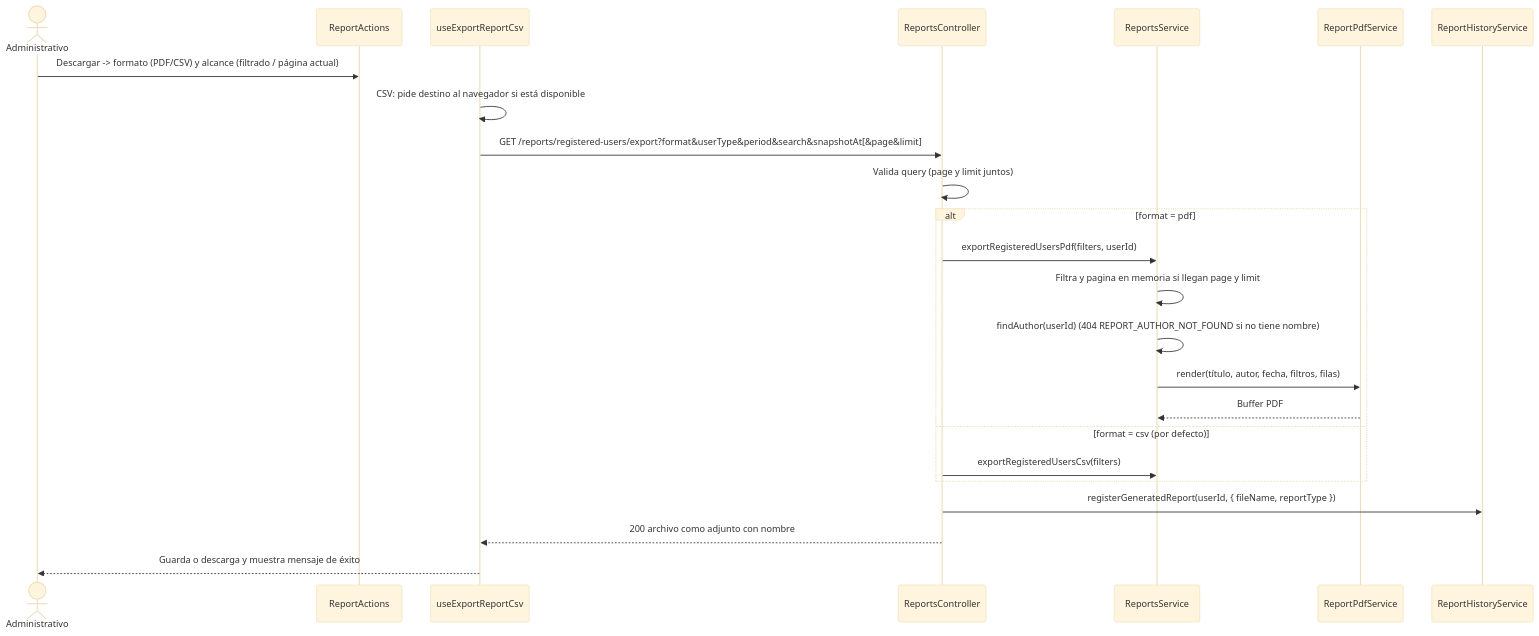
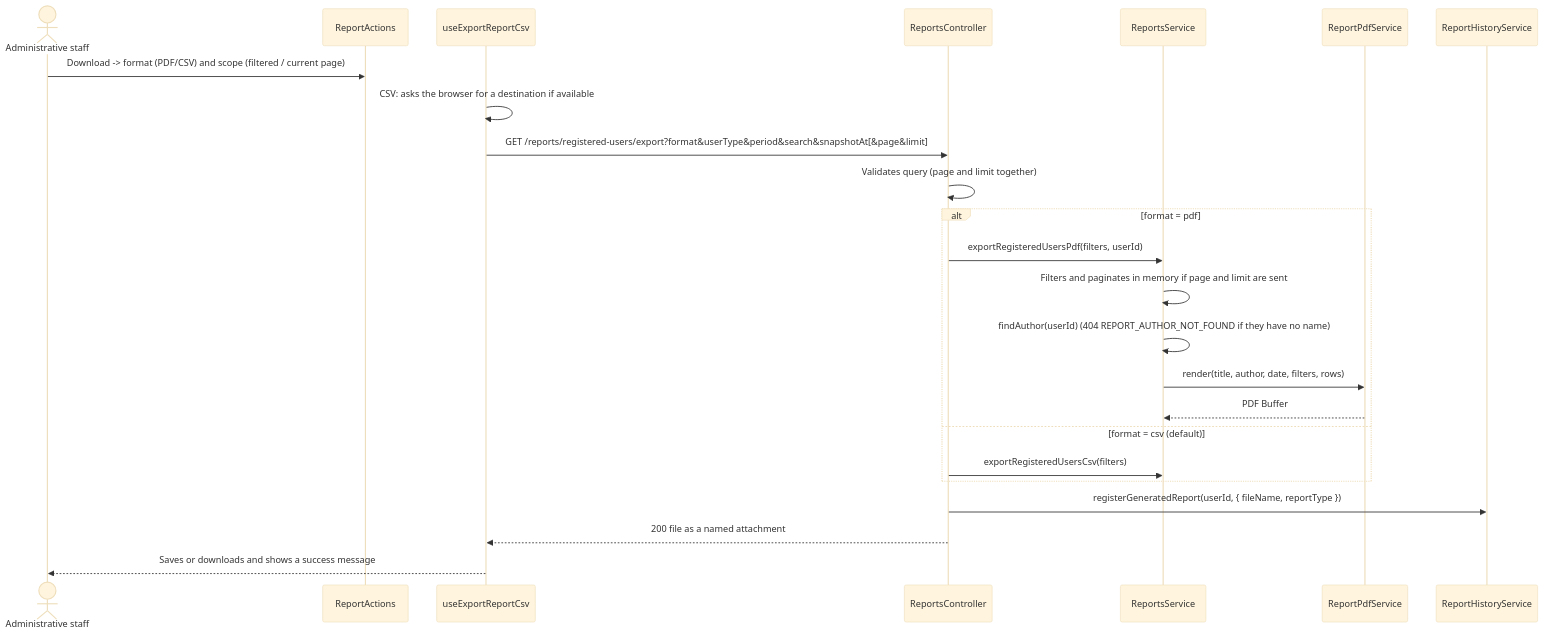
The second of 2 diagrams in docs/reports/README.md (UMSSY/umssy-app), drawn with Mermaid (base theme) before and after one commit. The commit also changed other lines of this file and 8 other files, not shown here.

````diff
--- a/docs/reports/README.md
+++ b/docs/reports/README.md
@@ -50,26 +50,26 @@
 ```mermaid
 sequenceDiagram
-  actor A as Administrativo
+  actor A as Administrative staff
   participant UI as ReportActions
   participant H as useExportReportCsv
   participant C as ReportsController
   participant S as ReportsService
   participant P as ReportPdfService
   participant RH as ReportHistoryService
-  A->>UI: Descargar -> formato (PDF/CSV) y alcance (filtrado / página actual)
-  H->>H: CSV: pide destino al navegador si está disponible
+  A->>UI: Download -> format (PDF/CSV) and scope (filtered / current page)
+  H->>H: CSV: asks the browser for a destination if available
   H->>C: GET /reports/registered-users/export?format&userType&period&search&snapshotAt[&page&limit]
-  C->>C: Valida query (page y limit juntos)
+  C->>C: Validates query (page and limit together)
   alt format = pdf
     C->>S: exportRegisteredUsersPdf(filters, userId)
-    S->>S: Filtra y pagina en memoria si llegan page y limit
-    S->>S: findAuthor(userId) (404 REPORT_AUTHOR_NOT_FOUND si no tiene nombre)
-    S->>P: render(título, autor, fecha, filtros, filas)
-    P-->>S: Buffer PDF
-  else format = csv (por defecto)
+    S->>S: Filters and paginates in memory if page and limit are sent
+    S->>S: findAuthor(userId) (404 REPORT_AUTHOR_NOT_FOUND if they have no name)
+    S->>P: render(title, author, date, filters, rows)
+    P-->>S: PDF Buffer
+  else format = csv (default)
     C->>S: exportRegisteredUsersCsv(filters)
   end
   C->>RH: registerGeneratedReport(userId, { fileName, reportType })
-  C-->>H: 200 archivo como adjunto con nombre
-  H-->>A: Guarda o descarga y muestra mensaje de éxito
+  C-->>H: 200 file as a named attachment
+  H-->>A: Saves or downloads and shows a success message
 ```
````
